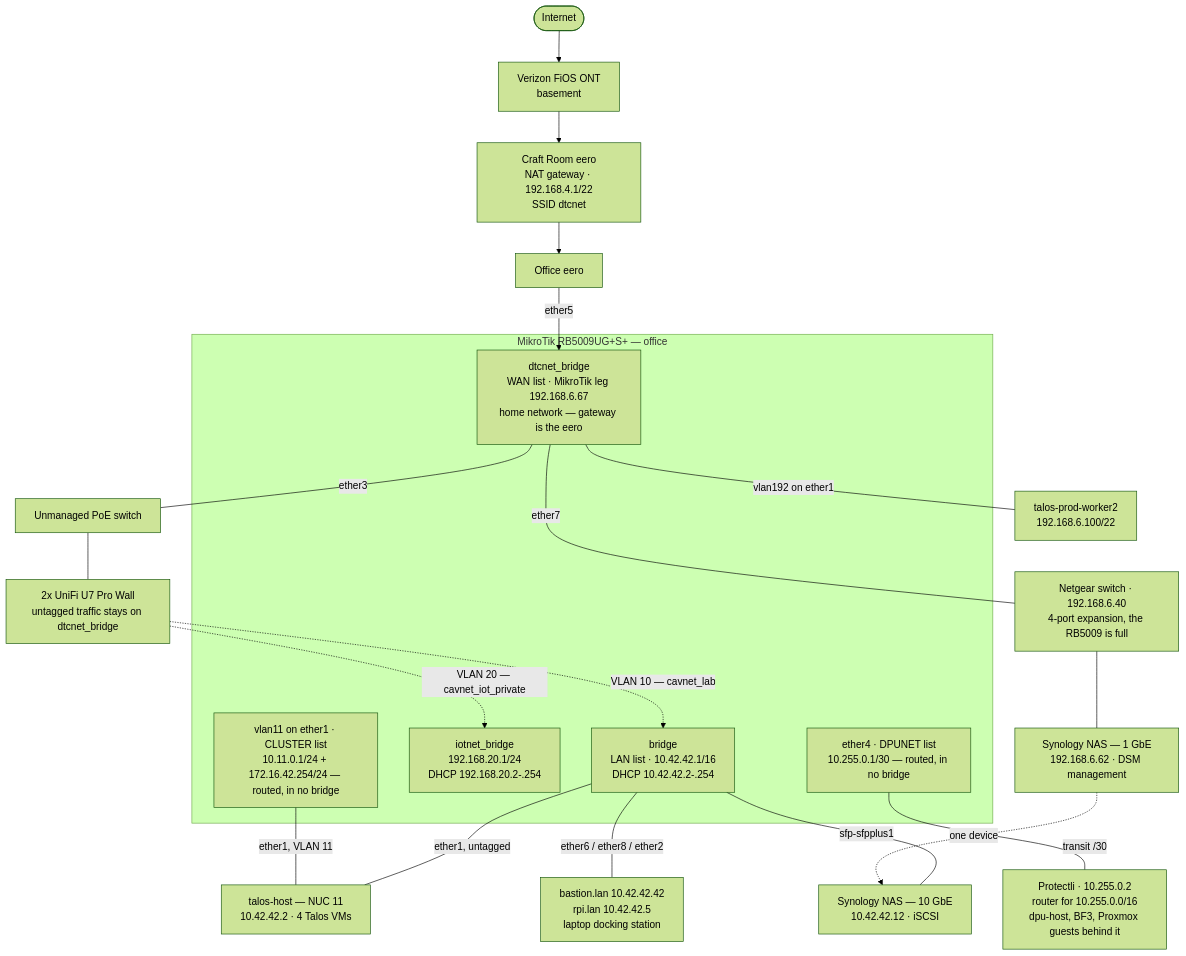
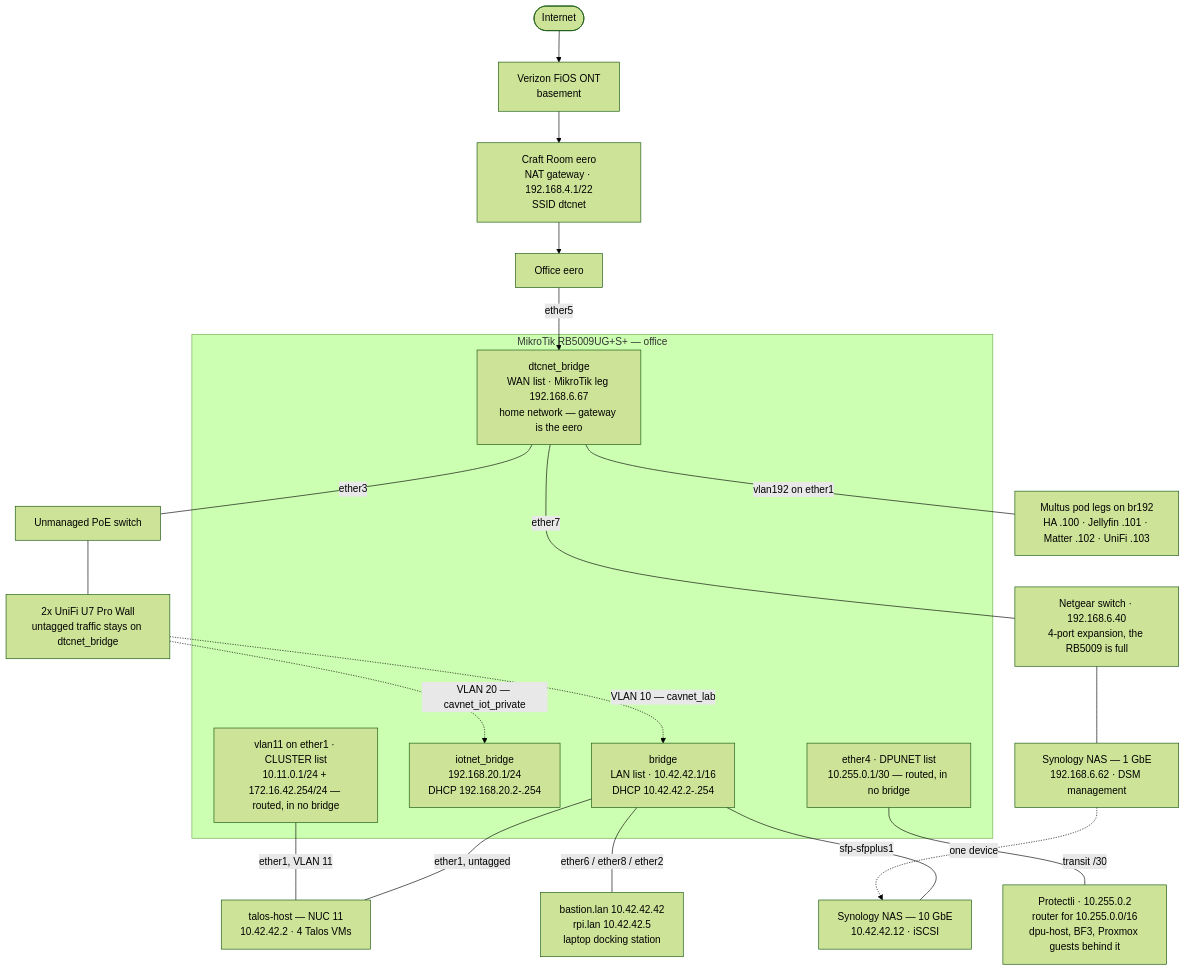
Before and after one commit to dancavallaro/homelab: the first of 4 diagrams in docs/network.md, drawn with Mermaid (forest theme). The commit also changed other lines of this file and 7 other files, not shown here.

Commit message:
Drop worker2's old dtcnet volumes and document the Multus homenet legs

````diff
--- a/docs/network.md
+++ b/docs/network.md
@@ -43,32 +43,32 @@
 ```mermaid
 flowchart TD
     inet([Internet]) --> ont["Verizon FiOS ONT<br>basement"]
     ont --> eero1["Craft Room eero<br>NAT gateway · 192.168.4.1/22<br>SSID dtcnet"]
     eero1 --> eero2["Office eero"]
     eero2 -->|ether5| home
 
     subgraph mt["MikroTik RB5009UG+S+ — office"]
         home["dtcnet_bridge<br>WAN list · MikroTik leg 192.168.6.67<br>home network — gateway is the eero"]
         lab["bridge<br>LAN list · 10.42.42.1/16<br>DHCP 10.42.42.2-.254"]
         iot["iotnet_bridge<br>192.168.20.1/24<br>DHCP 192.168.20.2-.254"]
         tr["ether4 · DPUNET list<br>10.255.0.1/30 — routed, in no bridge"]
         cl["vlan11 on ether1 · CLUSTER list<br>10.11.0.1/24 + 172.16.42.254/24 — routed, in no bridge"]
     end
 
     home ---|ether3| poe["Unmanaged PoE switch"]
     poe --- aps["2x UniFi U7 Pro Wall<br>untagged traffic stays on dtcnet_bridge"]
     aps -.->|"VLAN 10 — cavnet_lab"| lab
     aps -.->|"VLAN 20 — cavnet_iot_private"| iot
 
     home ---|ether7| ngear["Netgear switch · 192.168.6.40<br>4-port expansion, the RB5009 is full"]
     ngear --- nas1["Synology NAS — 1 GbE<br>192.168.6.62 · DSM management"]
-    home ---|"vlan192 on ether1"| w2h["talos-prod-worker2<br>192.168.6.100/22"]
+    home ---|"vlan192 on ether1"| legs["Multus pod legs on br192<br>HA .100 · Jellyfin .101 · Matter .102 · UniFi .103"]
 
     lab ---|"ether1, untagged"| th["talos-host — NUC 11<br>10.42.42.2 · 4 Talos VMs"]
     cl ---|"ether1, VLAN 11"| th
     lab ---|sfp-sfpplus1| nas10["Synology NAS — 10 GbE<br>10.42.42.12 · iSCSI"]
     tr ---|"transit /30"| prot["Protectli · 10.255.0.2<br>router for 10.255.0.0/16<br>dpu-host, BF3, Proxmox guests behind it"]
     lab ---|"ether6 / ether8 / ether2"| misc["bastion.lan 10.42.42.42<br>rpi.lan 10.42.42.5<br>laptop docking station"]
 
     nas1 -.->|one device| nas10
 ```
````
